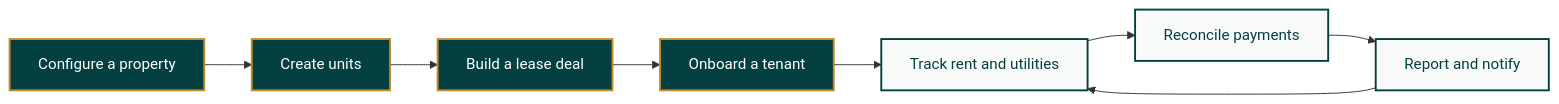
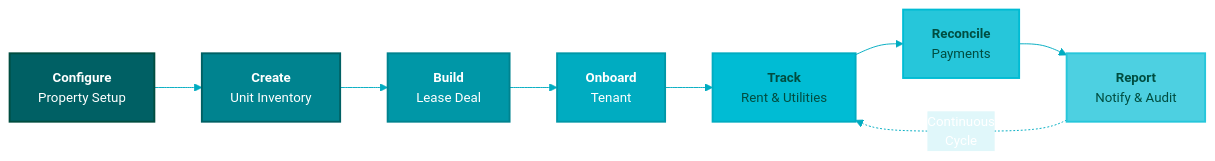
Before and after one commit to aryanony/rentlyo: the first of 10 diagrams in README.md, drawn with Mermaid. The commit also changed other lines of this file and 53 other files, not shown here.

````diff
--- a/README.md
+++ b/README.md
@@ -34,15 +37,19 @@
 ```mermaid
+%%{init: {'theme': 'base', 'themeVariables': {'primaryColor': '#00838F', 'primaryTextColor': '#FFFFFF', 'primaryBorderColor': '#006064', 'lineColor': '#00ACC1', 'secondaryColor': '#E0F7FA', 'tertiaryColor': '#B2EBF2', 'fontSize': '14px'}}}%%
 flowchart LR
-    A[Configure a property] --> B[Create units]
-    B --> C[Build a lease deal]
-    C --> D[Onboard a tenant]
-    D --> E[Track rent and utilities]
-    E --> F[Reconcile payments]
-    F --> G[Report and notify]
-    G --> E
+    A["<b>Configure</b><br/>Property Setup"] --> B["<b>Create</b><br/>Unit Inventory"]
+    B --> C["<b>Build</b><br/>Lease Deal"]
+    C --> D["<b>Onboard</b><br/>Tenant"]
+    D --> E["<b>Track</b><br/>Rent & Utilities"]
+    E --> F["<b>Reconcile</b><br/>Payments"]
+    F --> G["<b>Report</b><br/>Notify & Audit"]
+    G -.->|"Continuous<br/>Cycle"| E
 
-    classDef action fill:#044040,color:#ffffff,stroke:#C58B2B,stroke-width:2px;
-    classDef outcome fill:#F8FAF9,color:#044040,stroke:#044040,stroke-width:2px;
-    class A,B,C,D action;
-    class E,F,G outcome;
+    style A fill:#006064,color:#FFFFFF,stroke:#004D40,stroke-width:2px
+    style B fill:#00838F,color:#FFFFFF,stroke:#006064,stroke-width:2px
+    style C fill:#0097A7,color:#FFFFFF,stroke:#00838F,stroke-width:2px
+    style D fill:#00ACC1,color:#FFFFFF,stroke:#0097A7,stroke-width:2px
+    style E fill:#00BCD4,color:#004D40,stroke:#00ACC1,stroke-width:2px
+    style F fill:#26C6DA,color:#004D40,stroke:#00BCD4,stroke-width:2px
+    style G fill:#4DD0E1,color:#004D40,stroke:#26C6DA,stroke-width:2px
 ```
````
